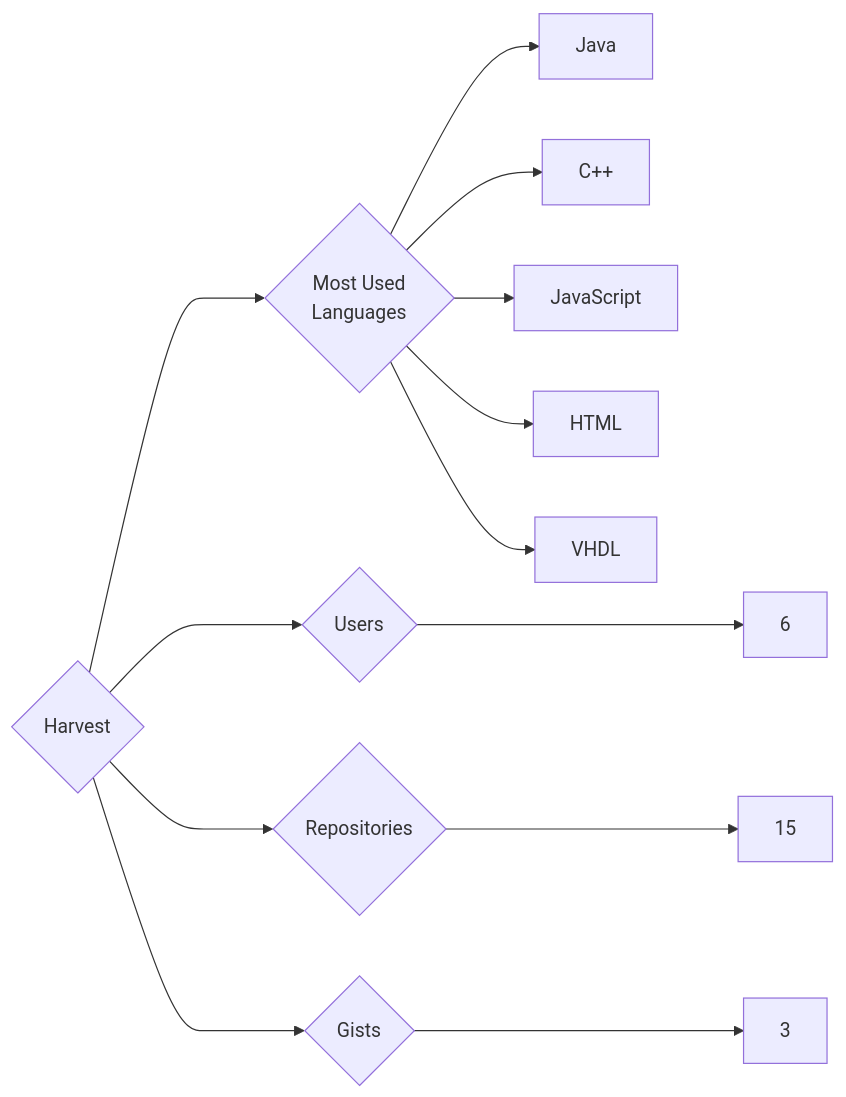
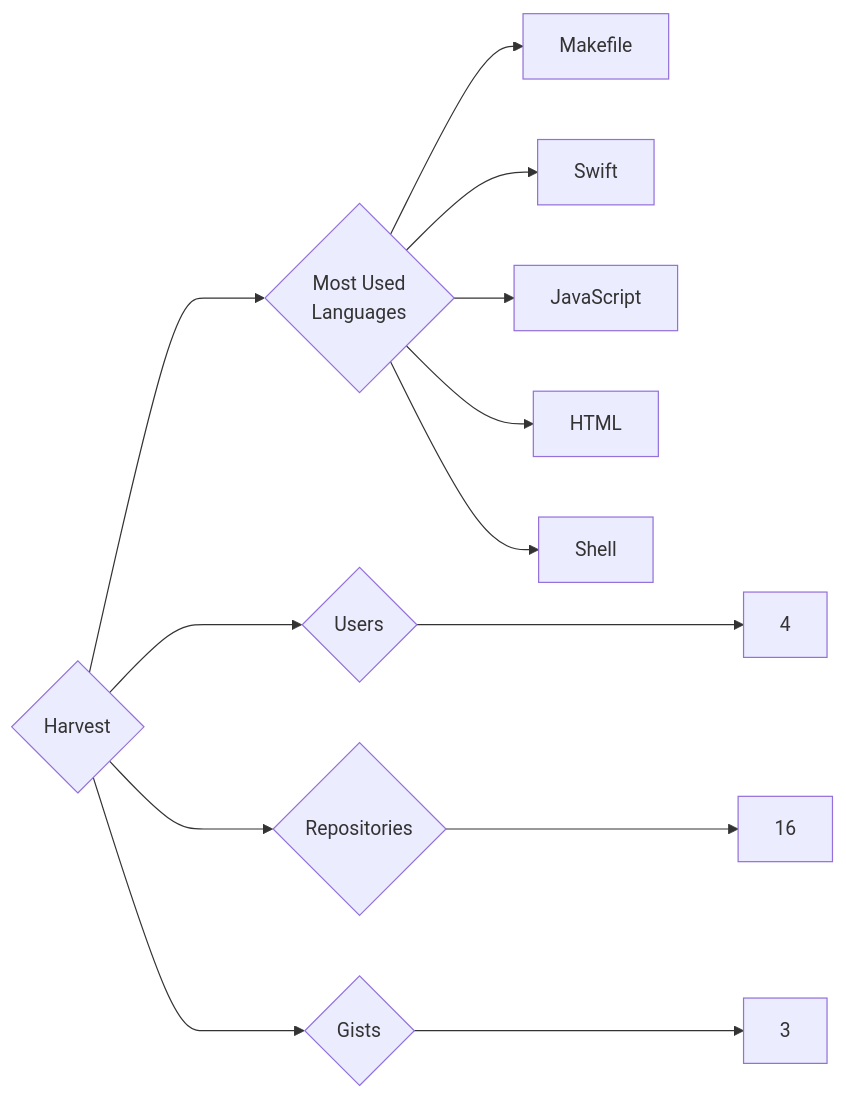
The diagram in targets/Harvest/README.md (trickest/insiders), drawn with Mermaid before and after one commit. The commit also changed 840 other files, not shown here.

````diff
--- a/targets/Harvest/README.md
+++ b/targets/Harvest/README.md
@@ -3,13 +3,13 @@
 ```mermaid
 graph LR
 COMPANY_NAME{Harvest}
-COMPANY_NAME ---> U{Users} ---> UN[6]
-COMPANY_NAME ---> R{Repositories} ---> RN[15]
+COMPANY_NAME ---> U{Users} ---> UN[4]
+COMPANY_NAME ---> R{Repositories} ---> RN[16]
 COMPANY_NAME ---> G{Gists} ---> GN[3]
 COMPANY_NAME ---> ML{Most Used<br>Languages}
-ML --> Java[Java]
-ML --> C++[C++]
+ML --> Makefile[Makefile]
+ML --> Swift[Swift]
 ML --> JavaScript[JavaScript]
 ML --> HTML[HTML]
-ML --> VHDL[VHDL]
+ML --> Shell[Shell]
 ```
````
